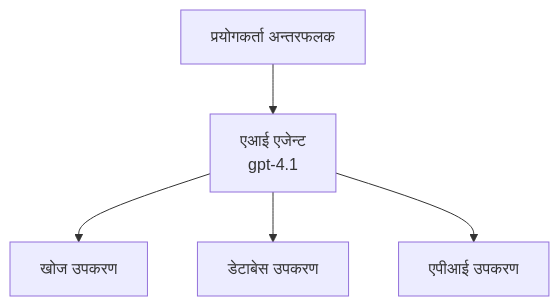
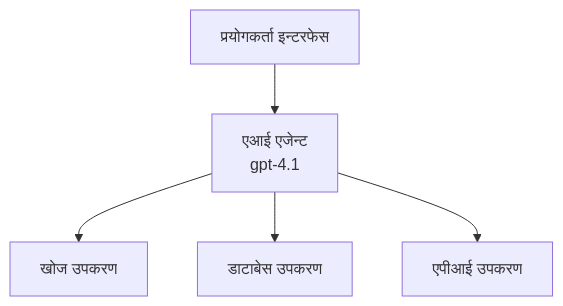
One commit to microsoft/AZD-for-beginners changed the first of 3 diagrams in translations/ne/docs/chapter-02-ai-development/agents.md. Above: the diagram before and after it, drawn with Mermaid. The commit also changed other lines of this file and 62 other files, not shown here.

````diff
--- a/translations/ne/docs/chapter-02-ai-development/agents.md
+++ b/translations/ne/docs/chapter-02-ai-development/agents.md
@@ -162,7 +162,7 @@
 ```mermaid
 graph TD
-    UI[प्रयोगकर्ता अन्तरफलक] --> Agent[एआई एजेन्ट<br/>gpt-4.1]
+    UI[प्रयोगकर्ता इन्टरफेस] --> Agent[एआई एजेन्ट<br/>gpt-4.1]
     Agent --> Search[खोज उपकरण]
-    Agent --> Database[डेटाबेस उपकरण]
+    Agent --> Database[डाटाबेस उपकरण]
     Agent --> API[एपीआई उपकरण]
 ```
````
